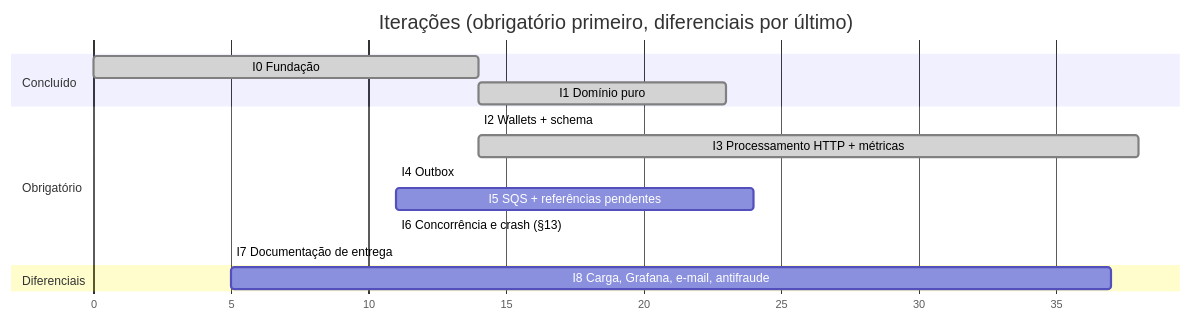
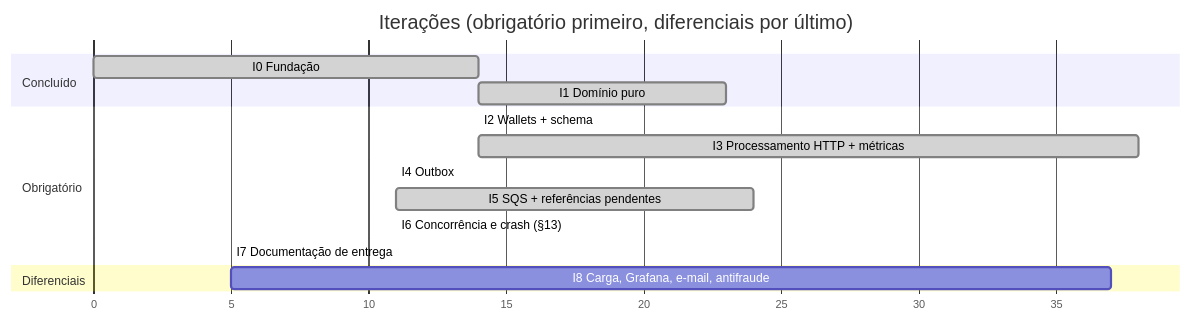
Before and after one commit to MacedoSousa/backend-challenge: the diagram in docs/02-escopo-agile.md, drawn with Mermaid. The commit also changed other lines of this file and 20 other files, not shown here.

First line of the commit message:
feat(messaging): consumidor SQS com inbox/DLQ e worker de referências pendentes (Iteração 5)

````diff
--- a/docs/02-escopo-agile.md
+++ b/docs/02-escopo-agile.md
@@ -159,18 +159,18 @@
 ```mermaid
 gantt
     dateFormat X
     axisFormat %s
     title Iterações (obrigatório primeiro, diferenciais por último)
     section Concluído
     I0 Fundação                              :done, i0, 0, 14
     I1 Domínio puro                          :done, i1, after i0, 23
     section Obrigatório
     I2 Wallets + schema                      :done, i2, after i1, 14
     I3 Processamento HTTP + métricas         :done, i3, after i2, 38
     I4 Outbox                                :done, i4, after i3, 11
-    I5 SQS + referências pendentes           :i5, after i4, 24
+    I5 SQS + referências pendentes           :done, i5, after i4, 24
     I6 Concorrência e crash (§13)            :i6, after i5, 11
     I7 Documentação de entrega               :i7, after i6, 5
     section Diferenciais
     I8 Carga, Grafana, e-mail, antifraude    :i8, after i7, 37
 ```
````
